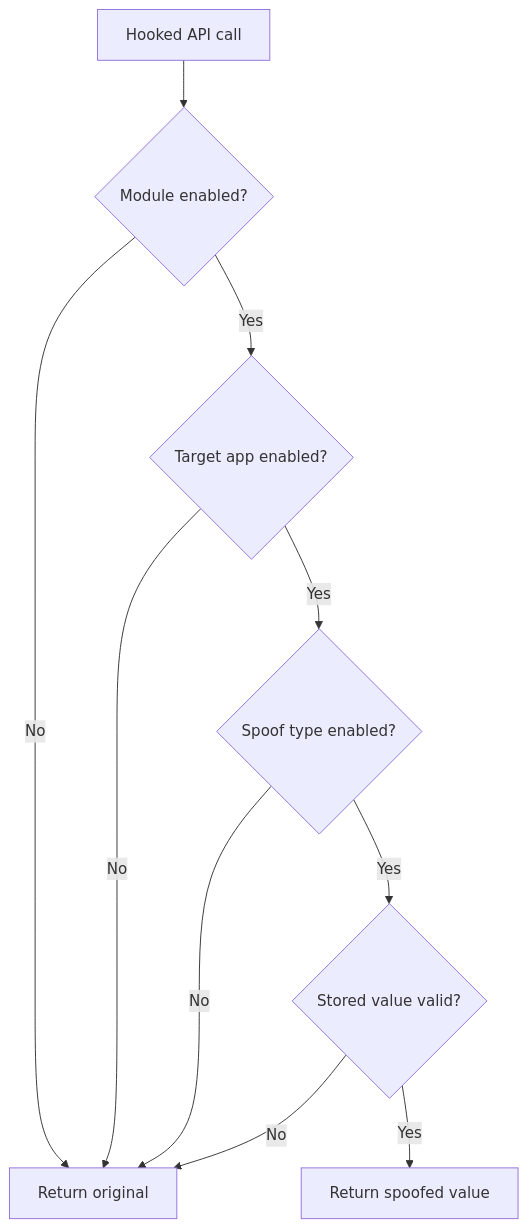
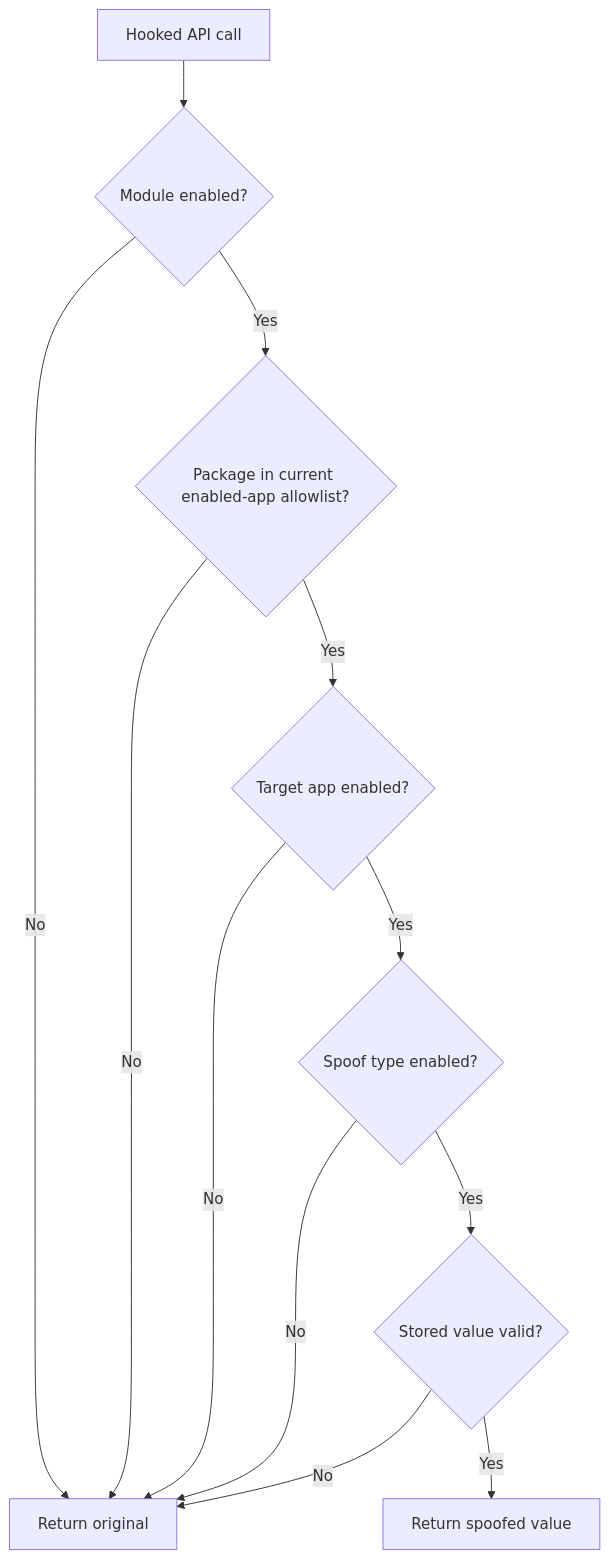
The sixth of 6 diagrams in docs/public/ARCHITECTURE.md (mohdakil2426/Device-Masker), drawn with Mermaid before and after one commit. The commit also changed other lines of this file and 5 other files, not shown here.

````diff
--- a/docs/public/ARCHITECTURE.md
+++ b/docs/public/ARCHITECTURE.md
@@ -228,20 +230,23 @@
 ```mermaid
 flowchart TD
     Call["Hooked API call"]
     Module{"Module enabled?"}
+    AppList{"Package in current enabled-app allowlist?"}
     App{"Target app enabled?"}
     Type{"Spoof type enabled?"}
     Value{"Stored value valid?"}
     Original["Return original"]
     Spoof["Return spoofed value"]
 
     Call --> Module
     Module -->|No| Original
-    Module -->|Yes| App
+    Module -->|Yes| AppList
+    AppList -->|No| Original
+    AppList -->|Yes| App
     App -->|No| Original
     App -->|Yes| Type
     Type -->|No| Original
     Type -->|Yes| Value
     Value -->|No| Original
     Value -->|Yes| Spoof
 ```
````
